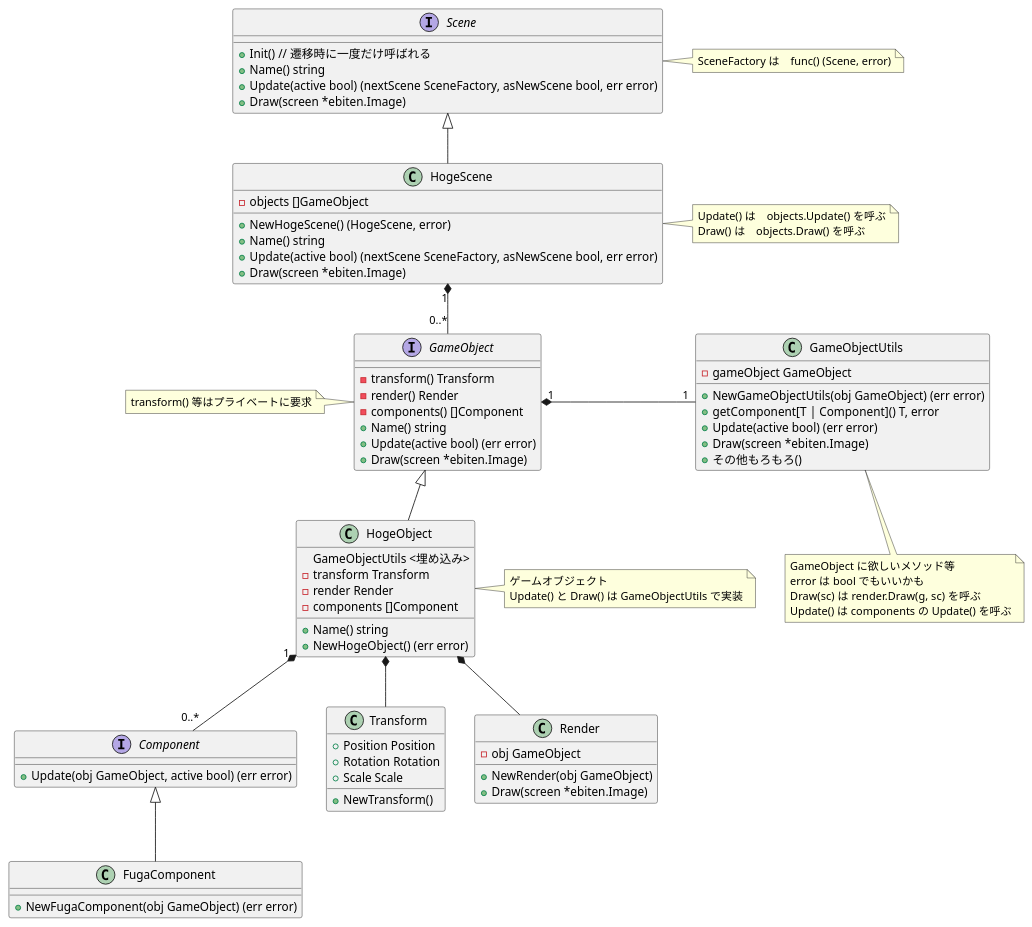
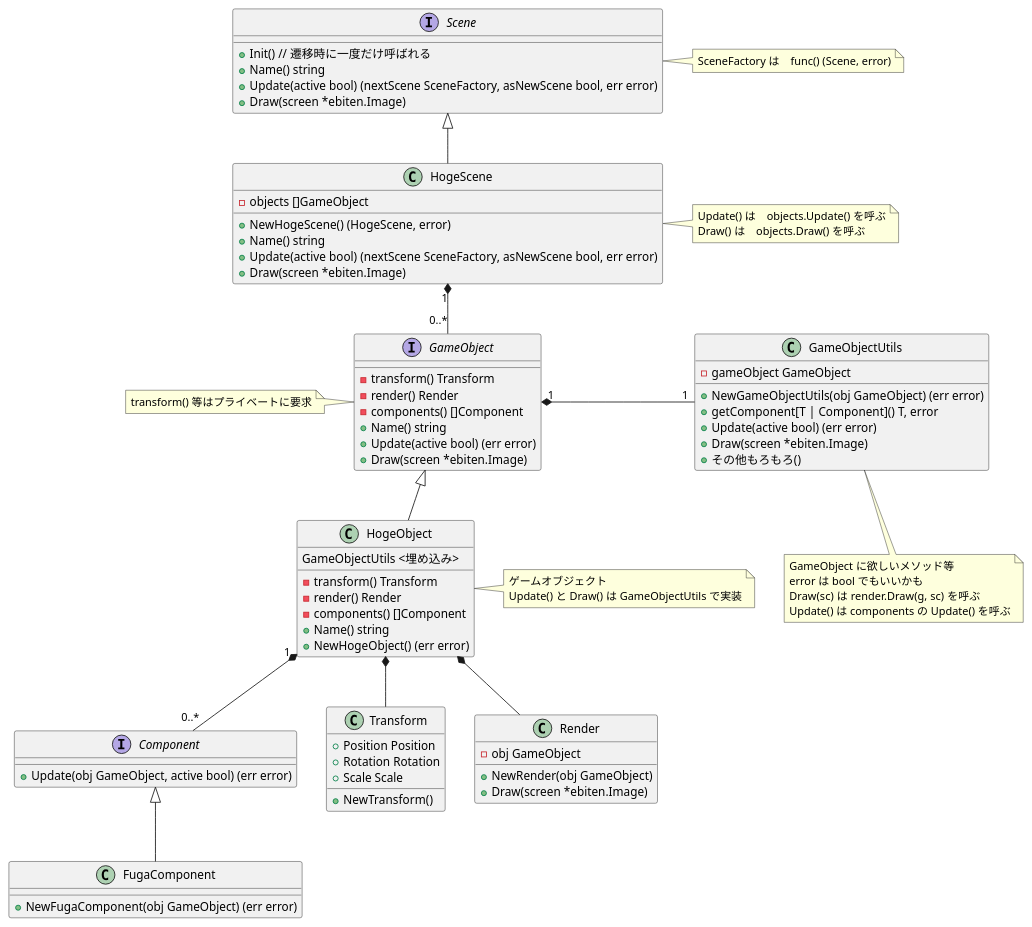
The diagram in Docs/Scene_class_diagram.puml (kmc-jp/Gamedev_Tempura-of-p--Phenylazo-phenol), drawn with PlantUML before and after one commit.

Commit message:
HogeObject の interface 実装がおかしかったので修正
transform, render, components がフィールドになっていたので、関数に変更

```diff
--- a/Docs/Scene_class_diagram.puml
+++ b/Docs/Scene_class_diagram.puml
@@ -1,86 +1,86 @@
 @startuml Scene_class_diagram
 
 interface Scene {
     + Init() // 遷移時に一度だけ呼ばれる
     + Name() string
     + Update(active bool) (nextScene SceneFactory, asNewScene bool, err error)
     + Draw(screen *ebiten.Image)
 }
 note right of Scene : SceneFactory は　func() (Scene, error)
 
 class HogeScene {
     - objects []GameObject
     + NewHogeScene() (HogeScene, error)
     + Name() string
     + Update(active bool) (nextScene SceneFactory, asNewScene bool, err error)
     + Draw(screen *ebiten.Image)
 }
 note right of HogeScene : Update() は　objects.Update() を呼ぶ\nDraw() は　objects.Draw() を呼ぶ
 
 HogeScene -up-|> Scene
 
 HogeScene "1" *-- "0..*" GameObject
 
 interface GameObject {
     - transform() Transform
     - render() Render
     - components() []Component
     + Name() string
     + Update(active bool) (err error)
     + Draw(screen *ebiten.Image)
 }
 note left of GameObject : transform() 等はプライベートに要求
 
 class GameObjectUtils {
     - gameObject GameObject
     + NewGameObjectUtils(obj GameObject) (err error)
     + getComponent[T | Component]() T, error
     + Update(active bool) (err error)
     + Draw(screen *ebiten.Image)
     + その他もろもろ()
 }
 note bottom of GameObjectUtils : GameObject に欲しいメソッド等\nerror は bool でもいいかも\nDraw(sc) は render.Draw(g, sc) を呼ぶ\nUpdate() は components の Update() を呼ぶ
 
 GameObject "1" *- "1" GameObjectUtils
 
 
 class HogeObject {
     GameObjectUtils <埋め込み>
-    - transform Transform
-    - render Render
-    - components []Component
+    - transform() Transform
+    - render() Render
+    - components() []Component
     + Name() string
     + NewHogeObject() (err error)
 }
 note right of HogeObject : ゲームオブジェクト\nUpdate() と Draw() は GameObjectUtils で実装
 
 
 HogeObject -up-|> GameObject
 HogeObject *-- Transform
 HogeObject *-- Render
 
 HogeObject "1" *-- "0..*" Component
 
 class Transform {
     + Position Position
     + Rotation Rotation
     + Scale Scale
     + NewTransform()
 }
 
 class Render {
     - obj GameObject
     + NewRender(obj GameObject)
     + Draw(screen *ebiten.Image)
 }
 
 interface Component {
     + Update(obj GameObject, active bool) (err error)
 }
 
 class FugaComponent {
     + NewFugaComponent(obj GameObject) (err error)
 }
 
 FugaComponent -up-|> Component
 @enduml
```
